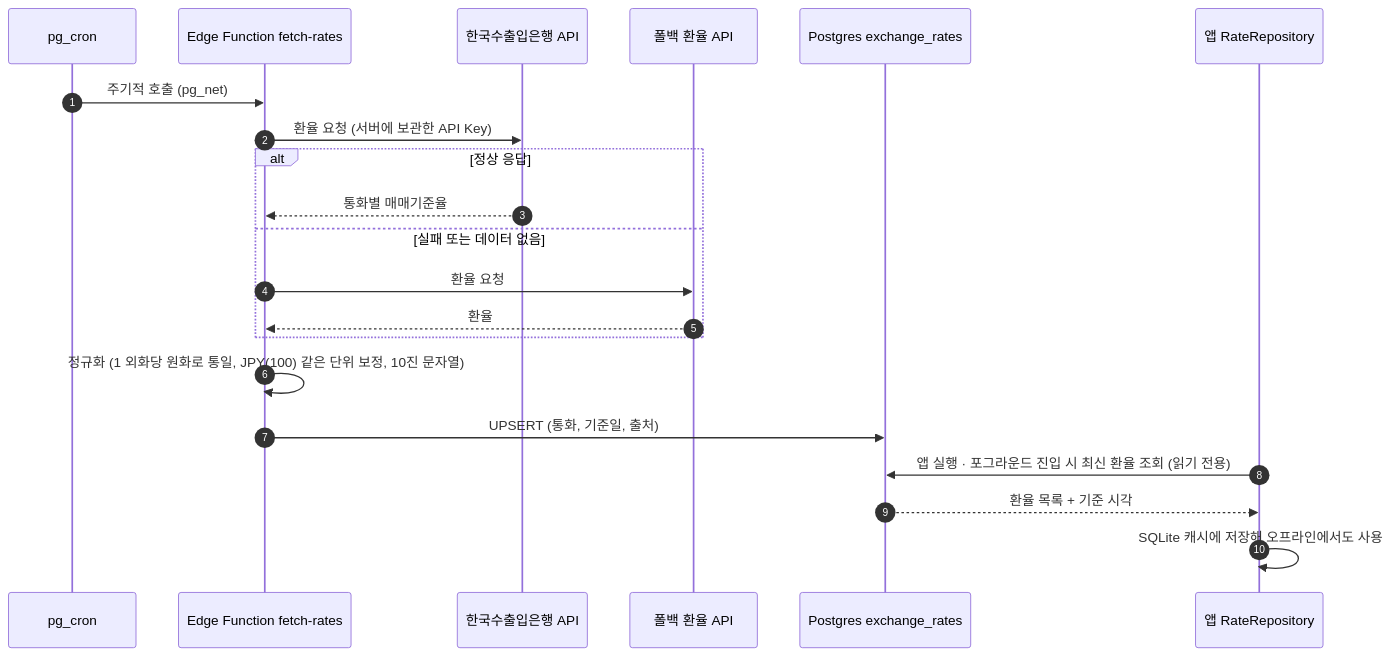
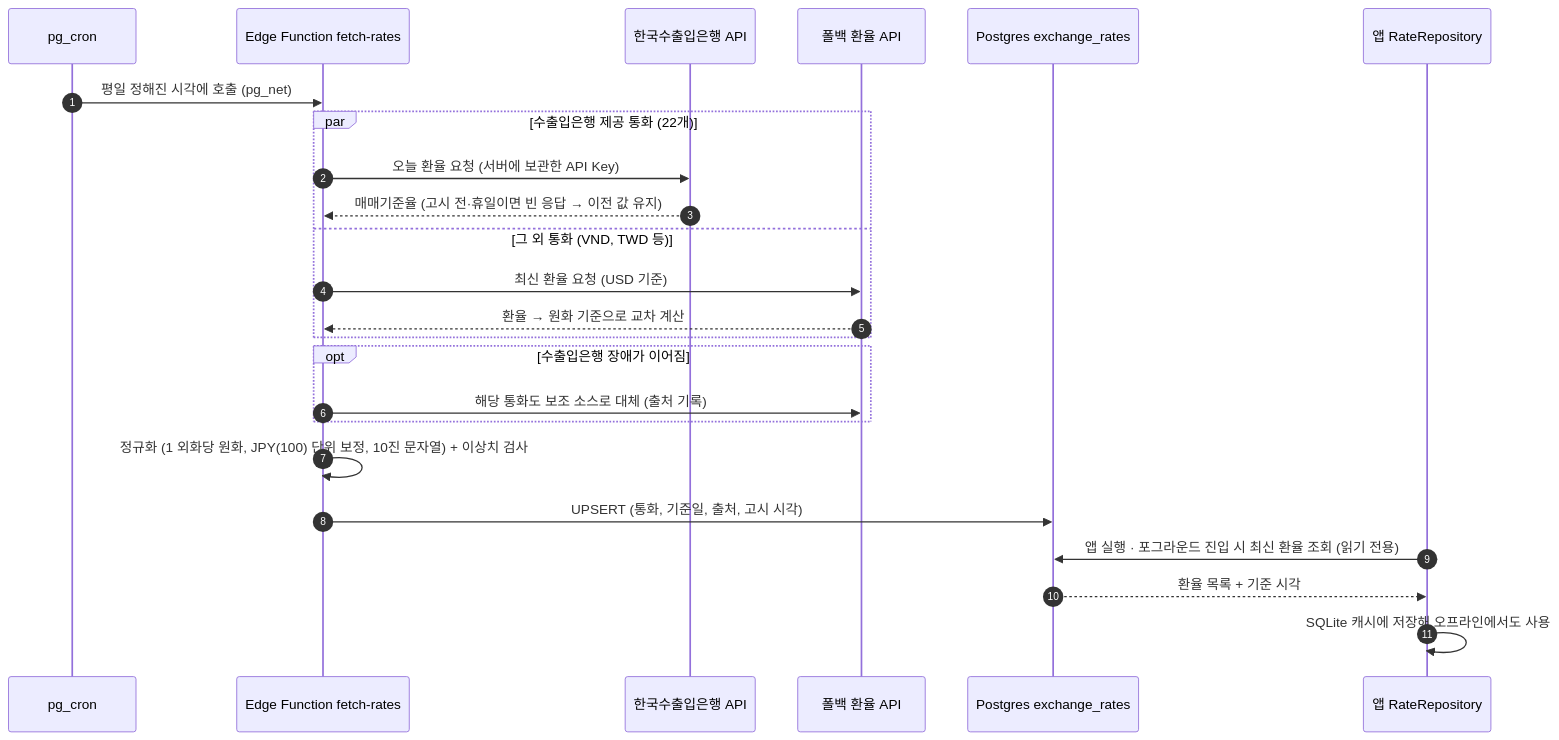
The fourth of 5 diagrams in docs/01-architecture.md (Xeoyeon/tradger), drawn with Mermaid before and after one commit. The commit also changed other lines of this file and 2 other files, not shown here.

````diff
--- a/docs/01-architecture.md
+++ b/docs/01-architecture.md
@@ -194,24 +198,27 @@
 ```mermaid
 sequenceDiagram
   autonumber
   participant C as pg_cron
   participant EF as Edge Function fetch-rates
   participant K as 한국수출입은행 API
   participant FB as 폴백 환율 API
   participant PG as Postgres exchange_rates
   participant App as 앱 RateRepository
 
-  C->>EF: 주기적 호출 (pg_net)
-  EF->>K: 환율 요청 (서버에 보관한 API Key)
-  alt 정상 응답
-    K-->>EF: 통화별 매매기준율
-  else 실패 또는 데이터 없음
-    EF->>FB: 환율 요청
-    FB-->>EF: 환율
+  C->>EF: 평일 정해진 시각에 호출 (pg_net)
+  par 수출입은행 제공 통화 (22개)
+    EF->>K: 오늘 환율 요청 (서버에 보관한 API Key)
+    K-->>EF: 매매기준율 (고시 전·휴일이면 빈 응답 → 이전 값 유지)
+  and 그 외 통화 (VND, TWD 등)
+    EF->>FB: 최신 환율 요청 (USD 기준)
+    FB-->>EF: 환율 → 원화 기준으로 교차 계산
   end
-  EF->>EF: 정규화 (1 외화당 원화로 통일, JPY(100) 같은 단위 보정, 10진 문자열)
-  EF->>PG: UPSERT (통화, 기준일, 출처)
+  opt 수출입은행 장애가 이어짐
+    EF->>FB: 해당 통화도 보조 소스로 대체 (출처 기록)
+  end
+  EF->>EF: 정규화 (1 외화당 원화, JPY(100) 단위 보정, 10진 문자열) + 이상치 검사
+  EF->>PG: UPSERT (통화, 기준일, 출처, 고시 시각)
   App->>PG: 앱 실행 · 포그라운드 진입 시 최신 환율 조회 (읽기 전용)
   PG-->>App: 환율 목록 + 기준 시각
   App->>App: SQLite 캐시에 저장해 오프라인에서도 사용
 ```
````
